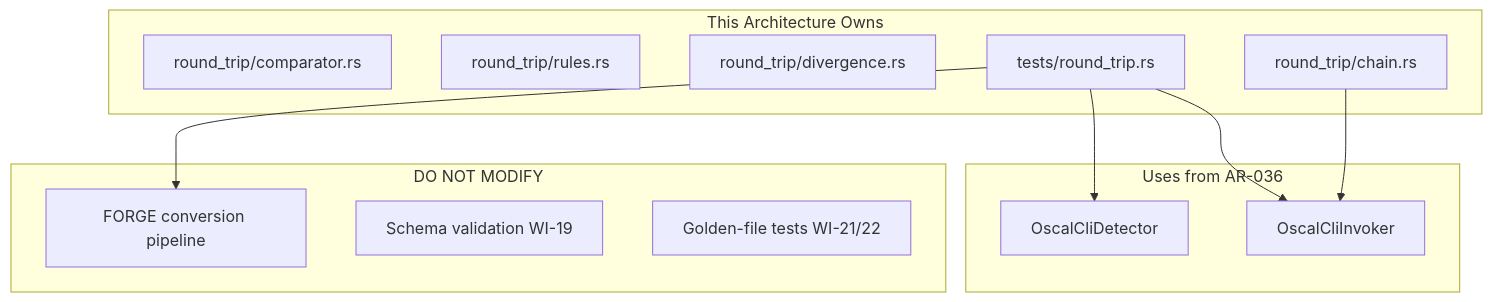
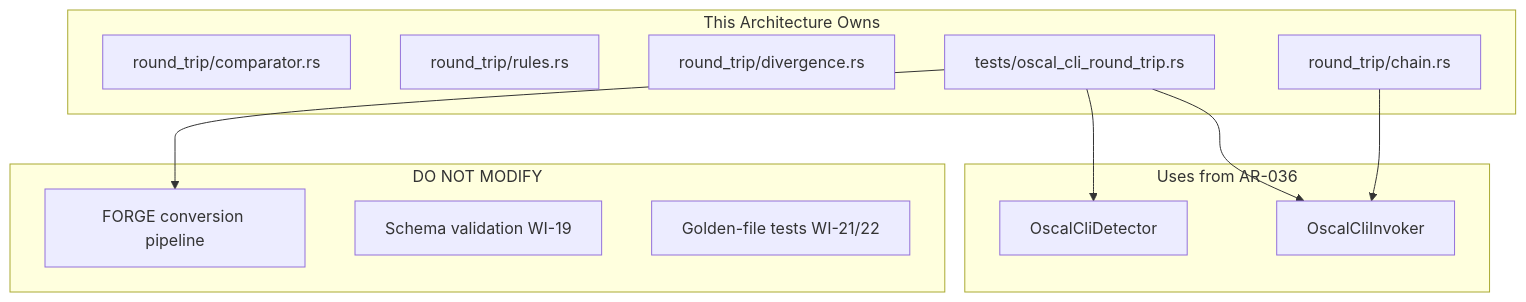
Before and after one commit to policy-forge/forge: the seventh of 7 diagrams in docs/AR/037-ar-oscal-cli-round-trip.md, drawn with Mermaid. The commit also changed other lines of this file and 22 other files, not shown here.

First line of the commit message:
feat: add oscal-cli round-trip validation (WI-37)

````diff
--- a/docs/AR/037-ar-oscal-cli-round-trip.md
+++ b/docs/AR/037-ar-oscal-cli-round-trip.md
@@ -465,26 +468,26 @@
 ```mermaid
 graph TD
     subgraph "This Architecture Owns"
         A[round_trip/comparator.rs]
         B[round_trip/rules.rs]
         C[round_trip/divergence.rs]
         D[round_trip/chain.rs]
-        E[tests/round_trip.rs]
+        E[tests/oscal_cli_round_trip.rs]
     end
 
     subgraph "Uses from AR-036"
         F[OscalCliDetector]
         G[OscalCliInvoker]
     end
 
     subgraph "DO NOT MODIFY"
         H[FORGE conversion pipeline]
         I[Schema validation WI-19]
         J[Golden-file tests WI-21/22]
     end
 
     E --> F
     E --> G
     D --> G
     E --> H
 ```
````
